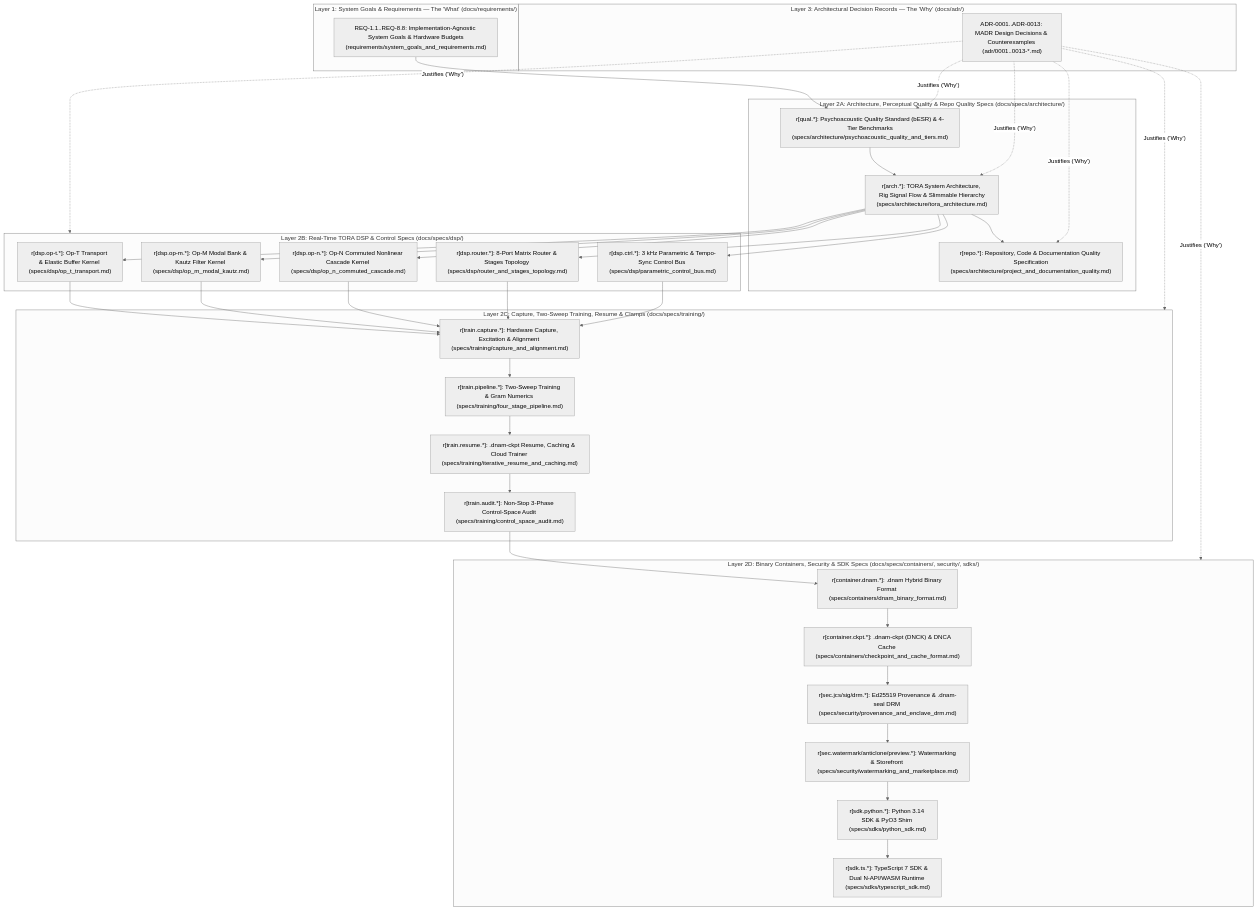
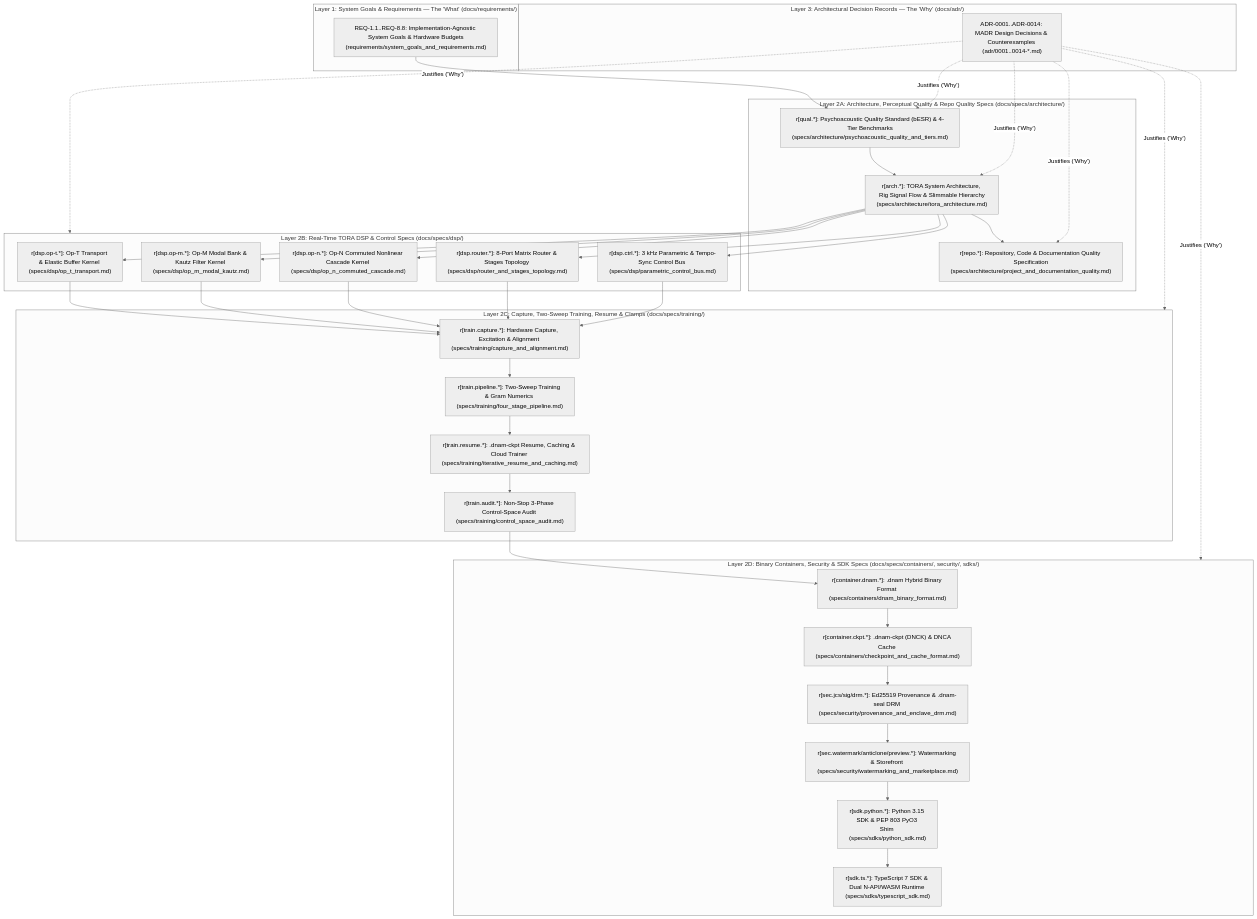
One commit to dnam-project/dnam changed the diagram in docs/index.md. Above: the diagram before and after it, drawn with Mermaid (neutral theme). The commit also changed other lines of this file and 59 other files, not shown here.

First line of the commit message:
feat(python,trainer): migrate to Python 3.15t, PEP 803 abi3.abi3t, ROCm 10.0, and free-threaded PyEngine

````diff
--- a/docs/index.md
+++ b/docs/index.md
@@ -16,49 +16,49 @@
 ```mermaid
 flowchart TD
     subgraph Req ["Layer 1: System Goals & Requirements — The 'What' (docs/requirements/)"]
         G1["REQ-1.1..REQ-8.8: Implementation-Agnostic System Goals & Hardware Budgets<br/>(requirements/system_goals_and_requirements.md)"]
     end
 
     subgraph SpecsArch ["Layer 2A: Architecture, Perceptual Quality & Repo Quality Specs (docs/specs/architecture/)"]
         G2["r[qual.*]: Psychoacoustic Quality Standard (bESR) & 4-Tier Benchmarks<br/>(specs/architecture/psychoacoustic_quality_and_tiers.md)"]
         G3["r[arch.*]: TORA System Architecture, Rig Signal Flow & Slimmable Hierarchy<br/>(specs/architecture/tora_architecture.md)"]
         G4["r[repo.*]: Repository, Code & Documentation Quality Specification<br/>(specs/architecture/project_and_documentation_quality.md)"]
         G2 --> G3 --> G4
     end
 
     subgraph SpecsDSP ["Layer 2B: Real-Time TORA DSP & Control Specs (docs/specs/dsp/)"]
         D1["r[dsp.op-t.*]: Op-T Transport & Elastic Buffer Kernel (specs/dsp/op_t_transport.md)"]
         D2["r[dsp.op-m.*]: Op-M Modal Bank & Kautz Filter Kernel (specs/dsp/op_m_modal_kautz.md)"]
         D3["r[dsp.op-n.*]: Op-N Commuted Nonlinear Cascade Kernel (specs/dsp/op_n_commuted_cascade.md)"]
         D4["r[dsp.router.*]: 8-Port Matrix Router & Stages Topology (specs/dsp/router_and_stages_topology.md)"]
         D5["r[dsp.ctrl.*]: 3 kHz Parametric & Tempo-Sync Control Bus (specs/dsp/parametric_control_bus.md)"]
     end
 
     subgraph SpecsTrain ["Layer 2C: Capture, Two-Sweep Training, Resume & Clamps (docs/specs/training/)"]
         T1["r[train.capture.*]: Hardware Capture, Excitation & Alignment (specs/training/capture_and_alignment.md)"]
         T2["r[train.pipeline.*]: Two-Sweep Training & Gram Numerics (specs/training/four_stage_pipeline.md)"]
         T3["r[train.resume.*]: .dnam-ckpt Resume, Caching & Cloud Trainer (specs/training/iterative_resume_and_caching.md)"]
         T4["r[train.audit.*]: Non-Stop 3-Phase Control-Space Audit (specs/training/control_space_audit.md)"]
         T1 --> T2 --> T3 --> T4
     end
 
     subgraph SpecsCont ["Layer 2D: Binary Containers, Security & SDK Specs (docs/specs/containers/, security/, sdks/)"]
         C1["r[container.dnam.*]: .dnam Hybrid Binary Format (specs/containers/dnam_binary_format.md)"]
         C2["r[container.ckpt.*]: .dnam-ckpt (DNCK) & DNCA Cache (specs/containers/checkpoint_and_cache_format.md)"]
         S1["r[sec.jcs/sig/drm.*]: Ed25519 Provenance & .dnam-seal DRM (specs/security/provenance_and_enclave_drm.md)"]
         S2["r[sec.watermark/anticlone/preview.*]: Watermarking & Storefront (specs/security/watermarking_and_marketplace.md)"]
-        K1["r[sdk.python.*]: Python 3.14 SDK & PyO3 Shim (specs/sdks/python_sdk.md)"]
+        K1["r[sdk.python.*]: Python 3.15 SDK & PEP 803 PyO3 Shim (specs/sdks/python_sdk.md)"]
         K2["r[sdk.ts.*]: TypeScript 7 SDK & Dual N-API/WASM Runtime (specs/sdks/typescript_sdk.md)"]
         C1 --> C2 --> S1 --> S2 --> K1 --> K2
     end
 
     subgraph ADRs ["Layer 3: Architectural Decision Records — The 'Why' (docs/adr/)"]
-        A1["ADR-0001..ADR-0013: MADR Design Decisions & Counterexamples (adr/0001..0013-*.md)"]
+        A1["ADR-0001..ADR-0014: MADR Design Decisions & Counterexamples (adr/0001..0014-*.md)"]
     end
 
     G1 --> G2
     G3 --> D1 & D2 & D3 & D4 & D5
     D1 & D2 & D3 & D4 & D5 --> T1
     T4 --> C1
     A1 -.->|"Justifies ('Why')"| G2 & G3 & G4 & SpecsDSP & SpecsTrain & SpecsCont
 ```
````
